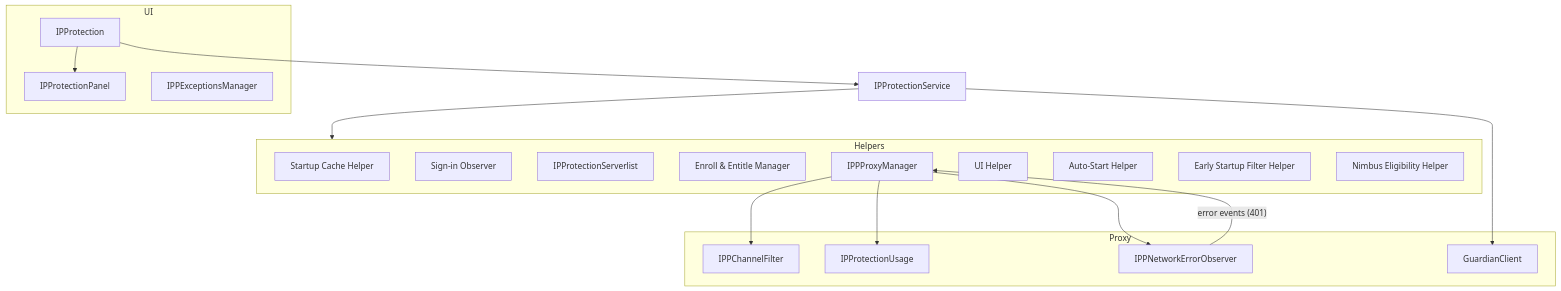
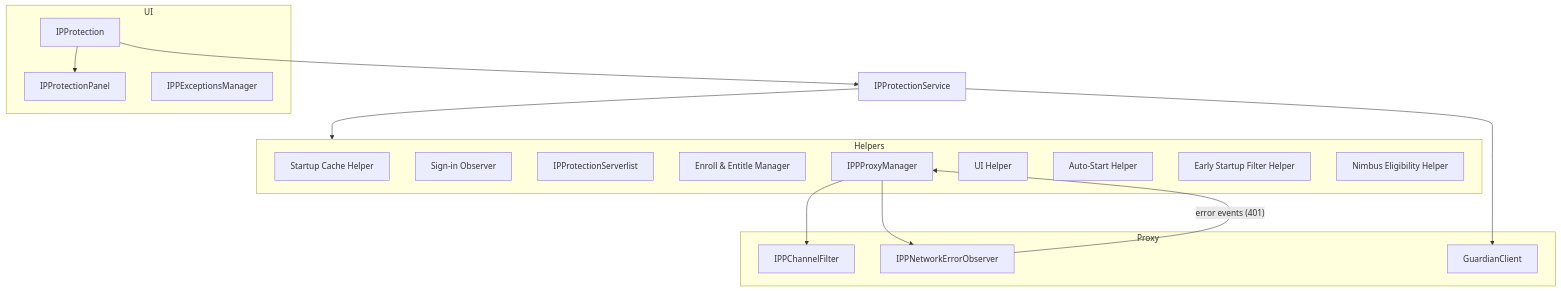
Before and after one commit to marco-c/gecko-dev-comments-removed: the diagram in browser/components/ipprotection/docs/Components.rst, drawn with Mermaid. The commit also changed 8 other files, not shown here.

First line of the commit message:
Bug 2017742 - Remove ipprotection.usage_rx and ipprotection.usage_tx usage metrics. r=ip-protection-reviewers,fchasen,kpatenio

```diff
--- a/browser/components/ipprotection/docs/Components.rst
+++ b/browser/components/ipprotection/docs/Components.rst
@@ -11,51 +11,49 @@
 .. mermaid::
    :align: center
    :caption: IP Protection architecture
 
    flowchart TD
 
      IPProtectionService
 
      Helpers["IPProtectionHelpers"]
 
      %% UI
      subgraph UI
        IPProtection
        IPProtectionPanel
        IPPExceptionsManager
      end
 
      %% Helpers
      subgraph Helpers
        IPPStartupCache["Startup Cache Helper"]
        IPPSignInWatcher["Sign-in Observer"]
        IPProtectionServerlist
        IPPEnrollAndEntitleManager["Enroll & Entitle Manager"]
        IPPProxyManager
        UIHelper["UI Helper"]
        IPPAutoStart["Auto-Start Helper"]
        IPPEarlyStartupFilter["Early Startup Filter Helper"]
        IPPNimbusHelper["Nimbus Eligibility Helper"]
      end
 
      %% Proxy stack
      subgraph Proxy
        IPPChannelFilter
-       IPProtectionUsage
        IPPNetworkErrorObserver
        GuardianClient
      end
 
      %% Service wiring
      IPProtectionService --> GuardianClient
      IPProtectionService --> Helpers
 
      %% UI wiring
      IPProtection --> IPProtectionPanel
      IPProtection --> IPProtectionService
 
      %% Proxy wiring
      IPPProxyManager --> IPPChannelFilter
-     IPPProxyManager --> IPProtectionUsage
      IPPProxyManager --> IPPNetworkErrorObserver
      IPPNetworkErrorObserver -- "error events (401)" --> IPPProxyManager
```
